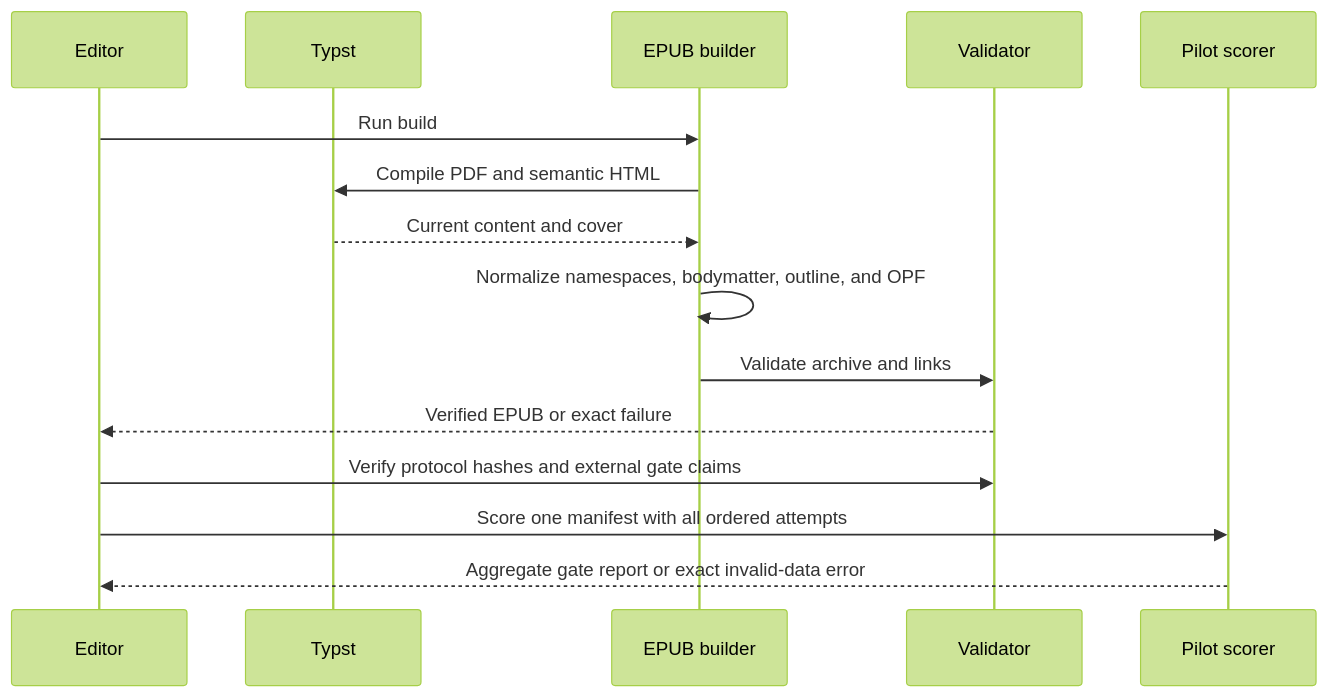
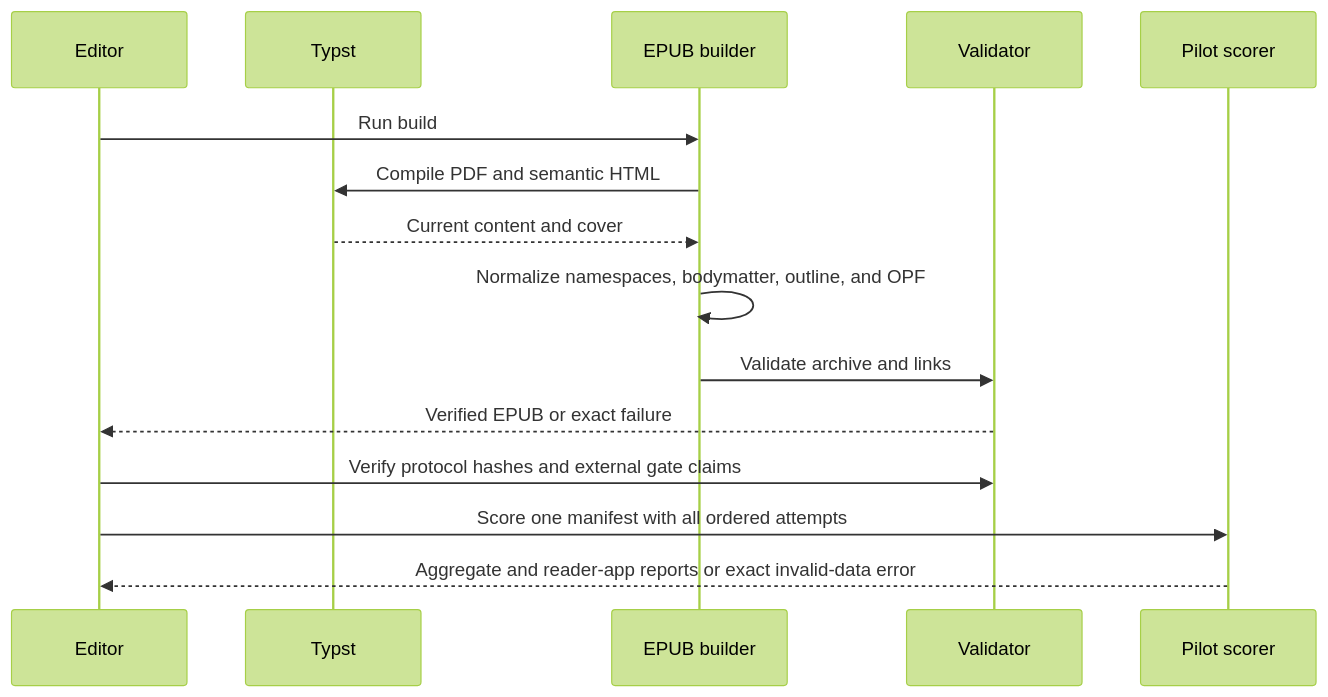
Before and after one commit to streamentry/streamentry: the third of 5 diagrams in scripts/AGENTS.md, drawn with Mermaid (forest theme). The commit also changed other lines of this file and 33 other files, not shown here.

````diff
--- a/scripts/AGENTS.md
+++ b/scripts/AGENTS.md
@@ -68,17 +69,17 @@
 ```mermaid
 sequenceDiagram
   participant U as Editor
   participant T as Typst
   participant B as EPUB builder
   participant V as Validator
   participant S as Pilot scorer
   U->>B: Run build
   B->>T: Compile PDF and semantic HTML
   T-->>B: Current content and cover
   B->>B: Normalize namespaces, bodymatter, outline, and OPF
   B->>V: Validate archive and links
   V-->>U: Verified EPUB or exact failure
   U->>V: Verify protocol hashes and external gate claims
   U->>S: Score one manifest with all ordered attempts
-  S-->>U: Aggregate gate report or exact invalid-data error
+  S-->>U: Aggregate and reader-app reports or exact invalid-data error
 ```
````
